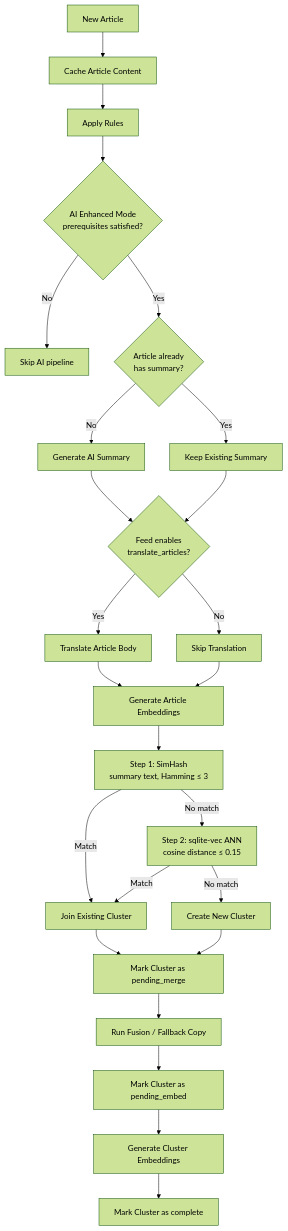
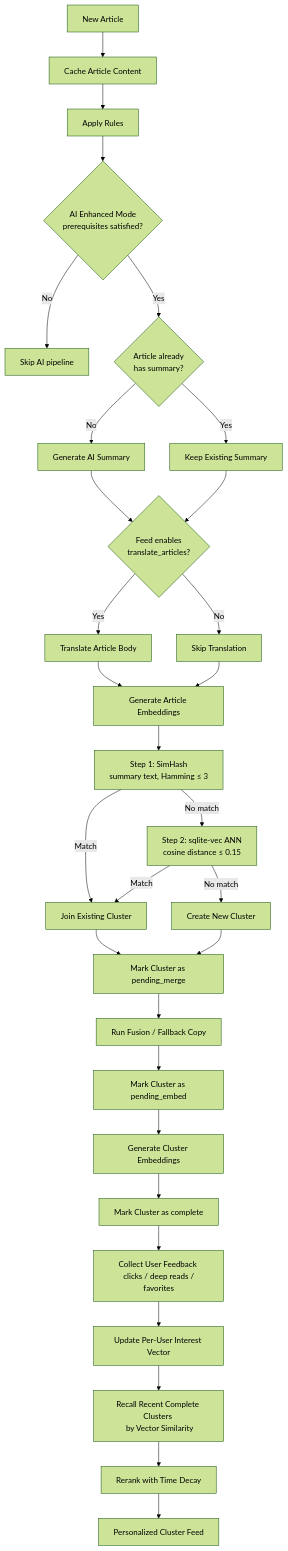
Before and after one commit to TdRoseval/MavenRSS: the diagram in README.md, drawn with Mermaid (forest theme). The commit also changed other lines of this file and 1 other file, not shown here.

````diff
--- a/README.md
+++ b/README.md
@@ -38,27 +37,32 @@
 ```mermaid
 flowchart TD
     A["New Article"] --> B["Cache Article Content"]
     B --> C["Apply Rules"]
     C --> D{"AI Enhanced Mode \n prerequisites satisfied?"}
     D -->|No| E["Skip AI pipeline"]
     D -->|Yes| F{"Article already \n has summary?"}
     F -->|No| G["Generate AI Summary"]
     F -->|Yes| H["Keep Existing Summary"]
     G --> I{"Feed enables \n translate_articles?"}
     H --> I
     I -->|Yes| J["Translate Article Body"]
     I -->|No| K["Skip Translation"]
     J --> L["Generate Article Embeddings"]
     K --> L
     L --> M["Step 1: SimHash \n summary text, Hamming ≤ 3"]
     M -->|Match| N["Join Existing Cluster"]
     M -->|No match| O["Step 2: sqlite-vec ANN \n cosine distance ≤ 0.15"]
     O -->|Match| N
     O -->|No match| P["Create New Cluster"]
     N --> Q["Mark Cluster as pending_merge"]
     P --> Q
     Q --> R["Run Fusion / Fallback Copy"]
     R --> S["Mark Cluster as pending_embed"]
     S --> T["Generate Cluster Embeddings"]
     T --> U["Mark Cluster as complete"]
+    U --> V["Collect User Feedback \n clicks / deep reads / favorites"]
+    V --> W["Update Per-User Interest Vector"]
+    W --> X["Recall Recent Complete Clusters \n by Vector Similarity"]
+    X --> Y["Rerank with Time Decay"]
+    Y --> Z["Personalized Cluster Feed"]
 ```
````
